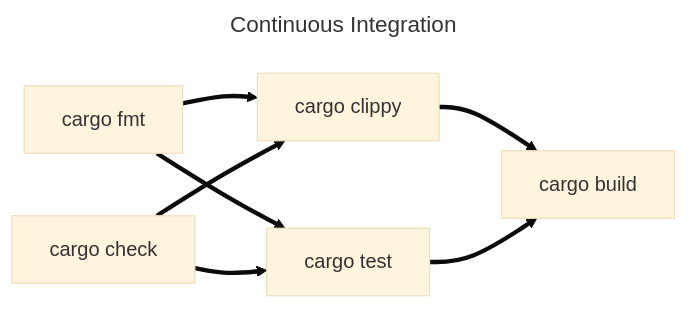
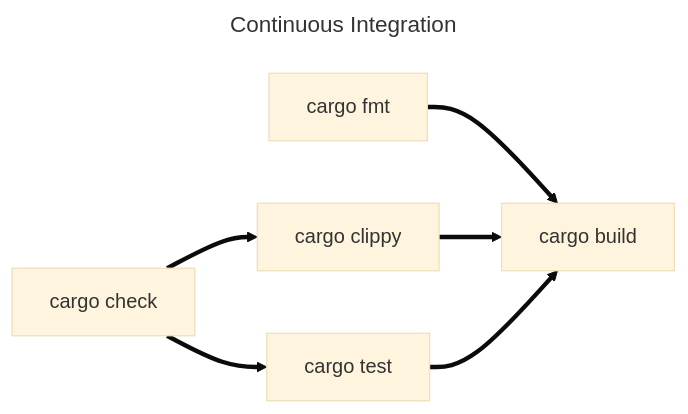
One commit to Rust-Simply/idiomatic-rust-in-simple-steps changed the first of 2 diagrams in src/language-basics/clippy-and-fmt.md. Above: the diagram before and after it, drawn with Mermaid (base theme). The commit also changed other lines of this file, not shown here.

Commit message:
first full draft of clippy-and-fmt chapter

````diff
--- a/src/language-basics/clippy-and-fmt.md
+++ b/src/language-basics/clippy-and-fmt.md
@@ -190,18 +206,17 @@
 ```mermaid
 ---
 title: Continuous Integration
 ---
 graph LR;
     check["cargo check"]
     fmt["cargo fmt"]
     clippy["cargo clippy"]
     test["cargo test"]
     build["cargo build"]
     
-    fmt ==> clippy
-    fmt ==> test
     check ==> clippy 
     check ==> test
+    fmt ==> build
     clippy ==> build
     test ==> build
 ```
````
